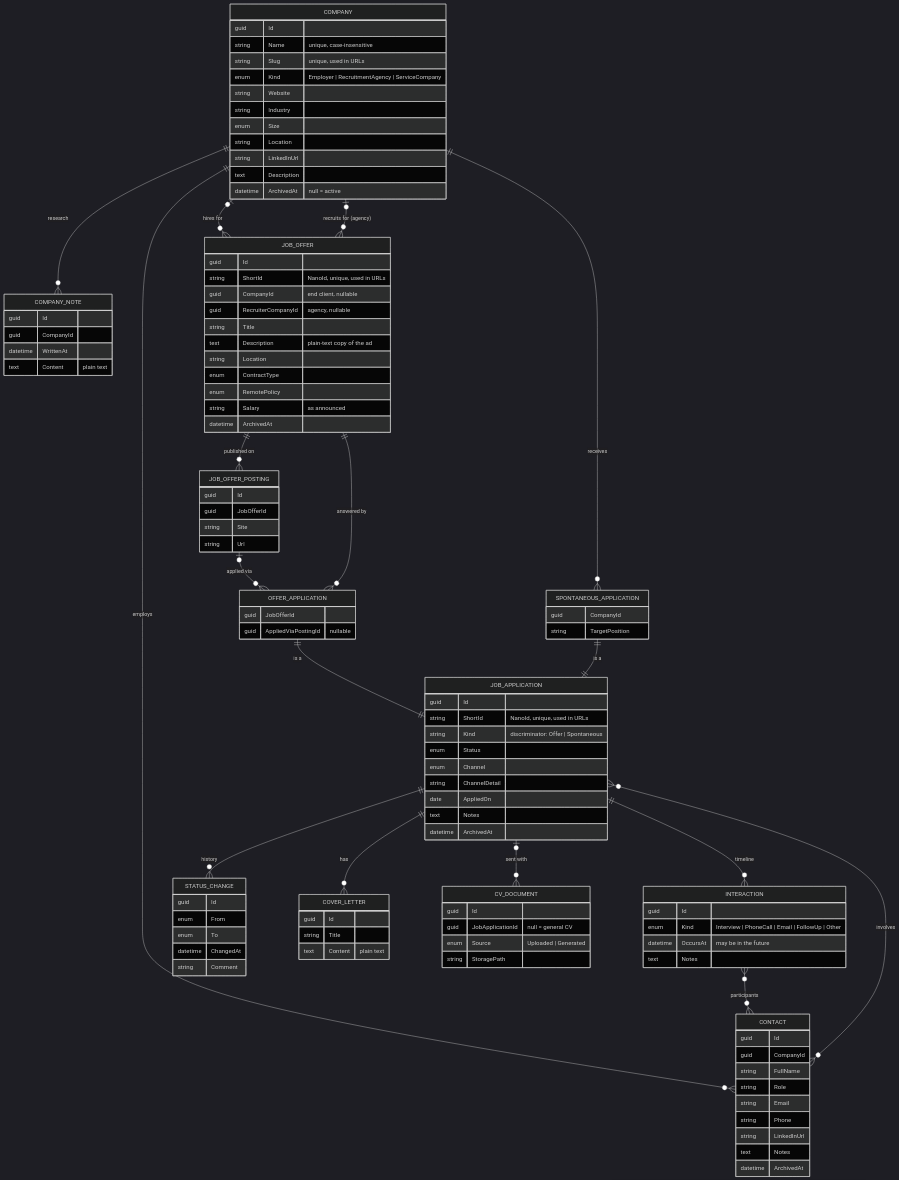
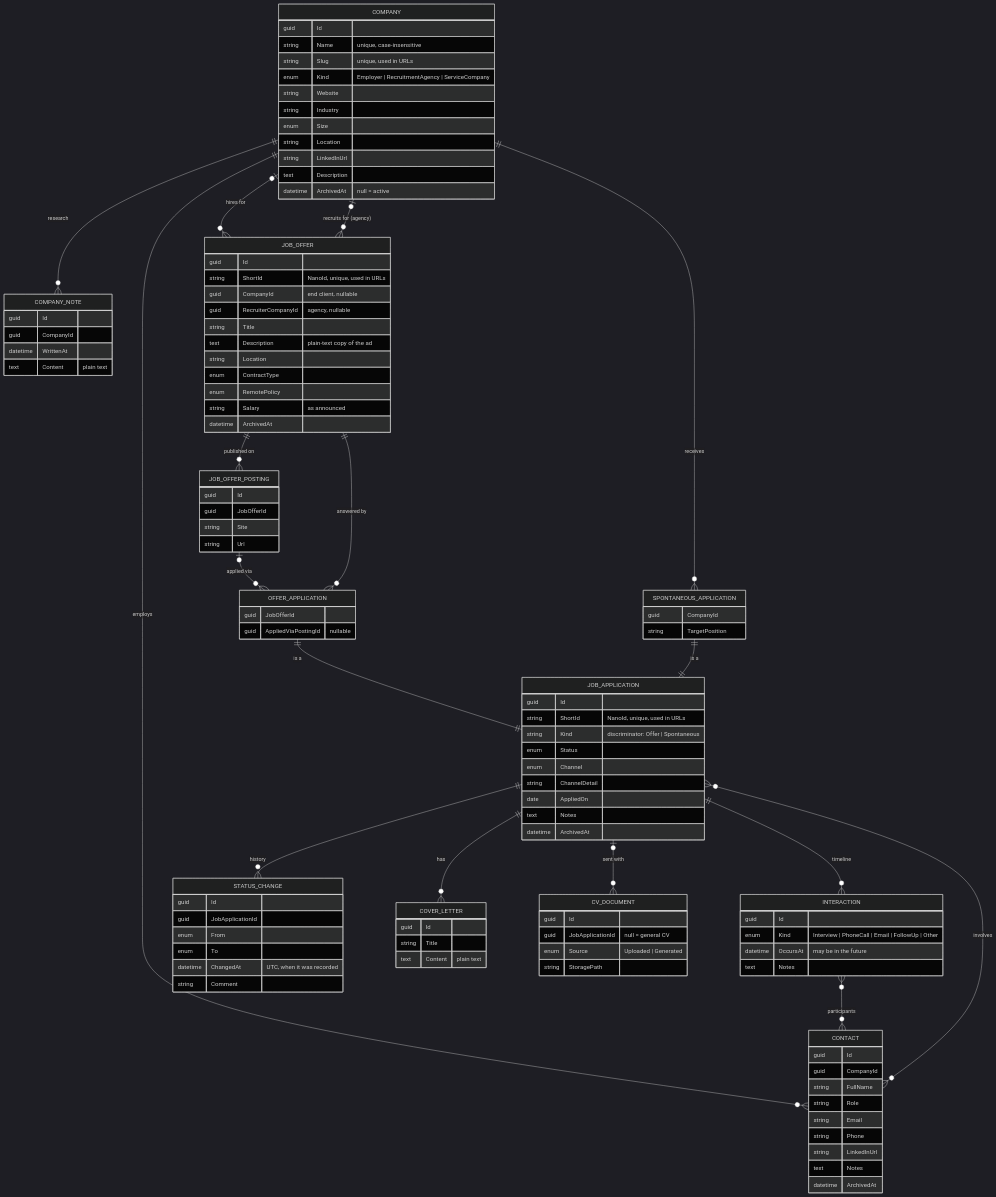
Before and after one commit to Kevin-HESSE/Ambio: the diagram in docs/data-model.md, drawn with Mermaid (dark theme). The commit also changed other lines of this file and 6 other files, not shown here.

```diff
--- a/docs/data-model.md
+++ b/docs/data-model.md
@@ -97,9 +97,10 @@
     }
     STATUS_CHANGE {
         guid Id
+        guid JobApplicationId
         enum From
         enum To
-        datetime ChangedAt
+        datetime ChangedAt "UTC, when it was recorded"
         string Comment
     }
     INTERACTION {
```
